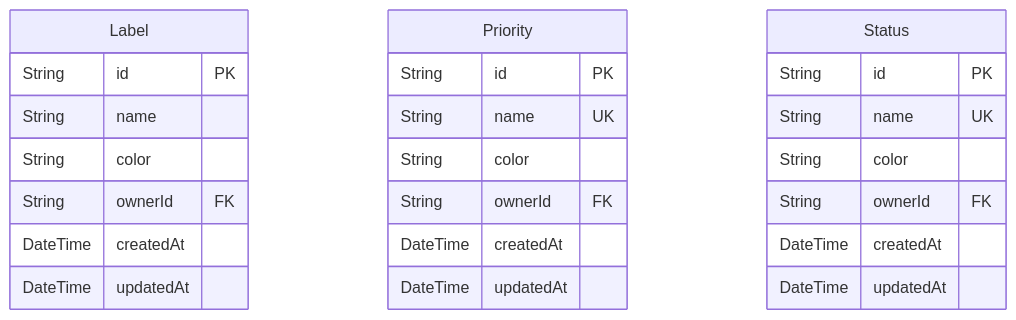
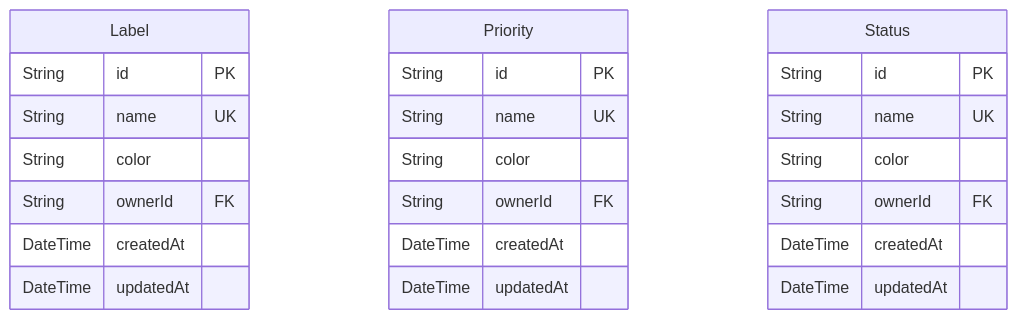
One commit to MaquestiauxLabs/demo-react-taskmanager changed the second of 6 diagrams in docs/database-schema.md. Above: the diagram before and after it, drawn with Mermaid. The commit also changed 1 other file, not shown here.

Commit message:
fix(label): update name field to be unique

````diff
--- a/docs/database-schema.md
+++ b/docs/database-schema.md
@@ -39,27 +39,27 @@
 ```mermaid
 erDiagram
 "Label" {
   String id PK
-  String name
+  String name UK
   String color
   String ownerId FK
   DateTime createdAt
   DateTime updatedAt
 }
 "Priority" {
   String id PK
   String name UK
   String color
   String ownerId FK
   DateTime createdAt
   DateTime updatedAt
 }
 "Status" {
   String id PK
   String name UK
   String color
   String ownerId FK
   DateTime createdAt
   DateTime updatedAt
 }
 ```
````
